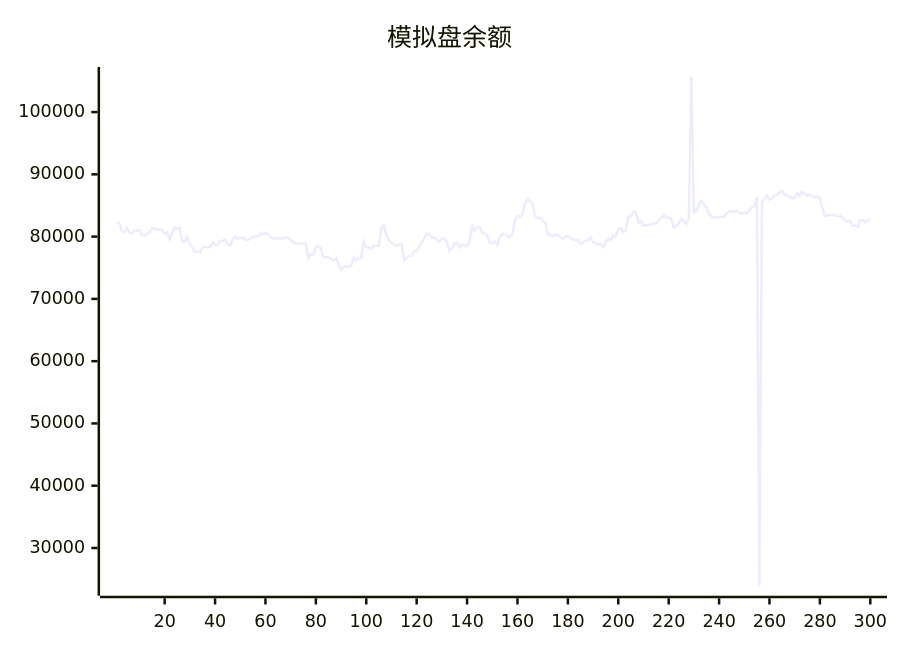
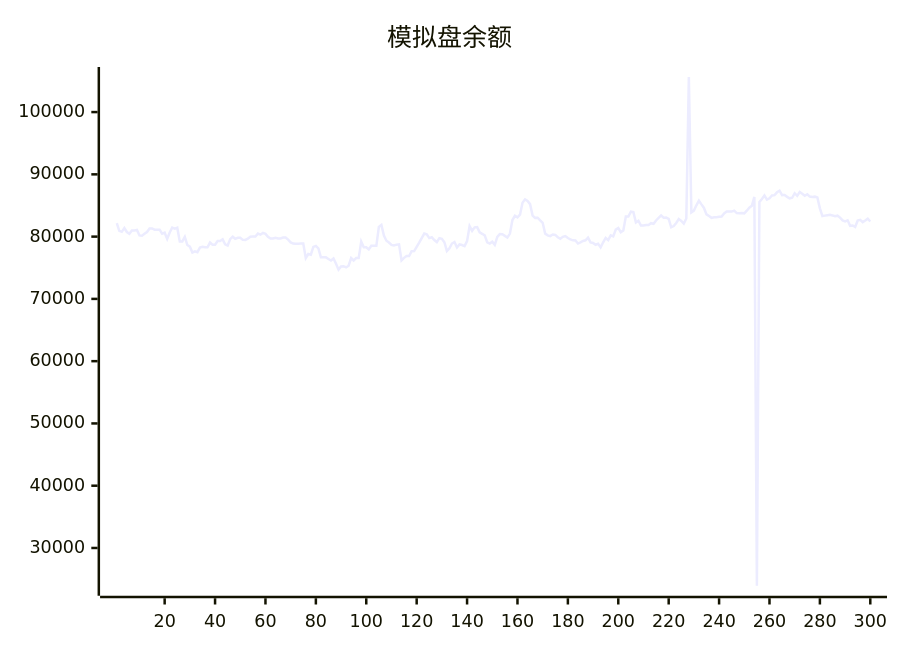
Before and after one commit to aahl/ai-trading: the diagram in README.md, drawn with Mermaid. The commit also changed other lines of this file and 1 other file, not shown here.

````diff
--- a/README.md
+++ b/README.md
@@ -5,5 +5,5 @@
 ```mermaid
 xychart
     title "模拟盘余额"
-    line [82243,82163,80934,80770,81371,80742,80468,80989,80989,81067,80191,80155,80450,80737,81309,81309,81106,81119,81119,80471,80631,79624,80670,81448,81290,81429,79212,79222,79940,78643,78380,77432,77623,77504,78235,78358,78284,78277,79048,78714,78714,79290,79308,79567,78763,78563,79603,79988,79652,79813,79813,79476,79469,79673,79995,80015,80015,80486,80314,80600,80436,79966,79689,79689,79819,79692,79692,79850,79850,79518,79071,78889,78850,78850,78878,78878,76554,77202,77103,78357,78510,78106,76678,76677,76672,76411,76159,76485,75656,74695,75197,75246,75052,75334,76564,76179,76553,76551,79196,78300,78300,77944,78531,78531,78521,81564,81884,80160,79335,79055,78675,78580,78708,78764,76179,76586,76902,76876,77658,77669,78346,79023,79769,80497,80366,79761,79896,79448,79126,79749,79658,79097,77695,78114,78888,79126,78249,78738,78653,78478,79271,81680,80923,81488,81527,80681,80455,80190,79084,78879,79193,78686,79954,80403,80374,80118,79848,80491,82665,83351,83098,83525,85430,85983,85737,85221,83378,83014,83043,82613,82216,80477,80208,80081,80348,80277,79894,79670,79965,80093,79786,79542,79406,79371,78893,79087,79304,79406,79841,79072,78978,78696,78846,78272,79085,79787,79442,80198,80031,81120,81379,80718,80985,83214,83212,83993,83921,82270,82547,81776,81776,81866,81866,82158,82061,82596,83000,83408,83041,83050,82858,81503,81691,82188,82812,82517,82092,82901,105633,83898,84180,85030,85781,85178,84604,83569,83298,83008,83093,83107,83175,83228,83729,84025,84017,84019,84177,83775,83762,83785,83738,84160,84639,84939,86370,23934,85548,86046,86599,85942,86161,86622,86664,87115,87369,86666,86685,86384,86152,86243,86969,86548,87164,86885,86566,86809,86427,86348,86417,86273,84538,83299,83369,83430,83490,83404,83270,83362,83056,82605,82459,82614,81734,81788,81551,82598,82702,82320,82580,82878]
+    line [82163,80934,80770,81371,80742,80468,80989,80989,81067,80191,80155,80450,80737,81309,81309,81106,81119,81119,80471,80631,79624,80670,81448,81290,81429,79212,79222,79940,78643,78380,77432,77623,77504,78235,78358,78284,78277,79048,78714,78714,79290,79308,79567,78763,78563,79603,79988,79652,79813,79813,79476,79469,79673,79995,80015,80015,80486,80314,80600,80436,79966,79689,79689,79819,79692,79692,79850,79850,79518,79071,78889,78850,78850,78878,78878,76554,77202,77103,78357,78510,78106,76678,76677,76672,76411,76159,76485,75656,74695,75197,75246,75052,75334,76564,76179,76553,76551,79196,78300,78300,77944,78531,78531,78521,81564,81884,80160,79335,79055,78675,78580,78708,78764,76179,76586,76902,76876,77658,77669,78346,79023,79769,80497,80366,79761,79896,79448,79126,79749,79658,79097,77695,78114,78888,79126,78249,78738,78653,78478,79271,81680,80923,81488,81527,80681,80455,80190,79084,78879,79193,78686,79954,80403,80374,80118,79848,80491,82665,83351,83098,83525,85430,85983,85737,85221,83378,83014,83043,82613,82216,80477,80208,80081,80348,80277,79894,79670,79965,80093,79786,79542,79406,79371,78893,79087,79304,79406,79841,79072,78978,78696,78846,78272,79085,79787,79442,80198,80031,81120,81379,80718,80985,83214,83212,83993,83921,82270,82547,81776,81776,81866,81866,82158,82061,82596,83000,83408,83041,83050,82858,81503,81691,82188,82812,82517,82092,82901,105633,83898,84180,85030,85781,85178,84604,83569,83298,83008,83093,83107,83175,83228,83729,84025,84017,84019,84177,83775,83762,83785,83738,84160,84639,84939,86370,23934,85548,86046,86599,85942,86161,86622,86664,87115,87369,86666,86685,86384,86152,86243,86969,86548,87164,86885,86566,86809,86427,86348,86417,86273,84538,83299,83369,83430,83490,83404,83270,83362,83056,82605,82459,82614,81734,81788,81551,82598,82702,82320,82580,82878,82426]
 ```
````
